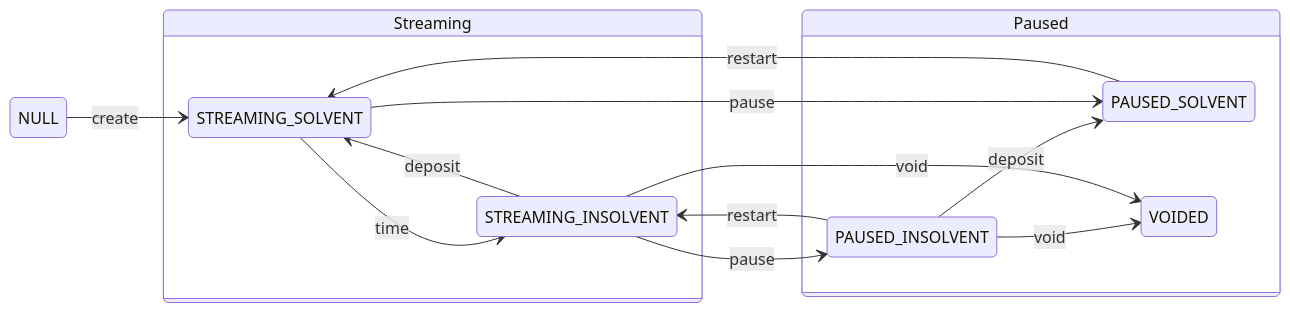
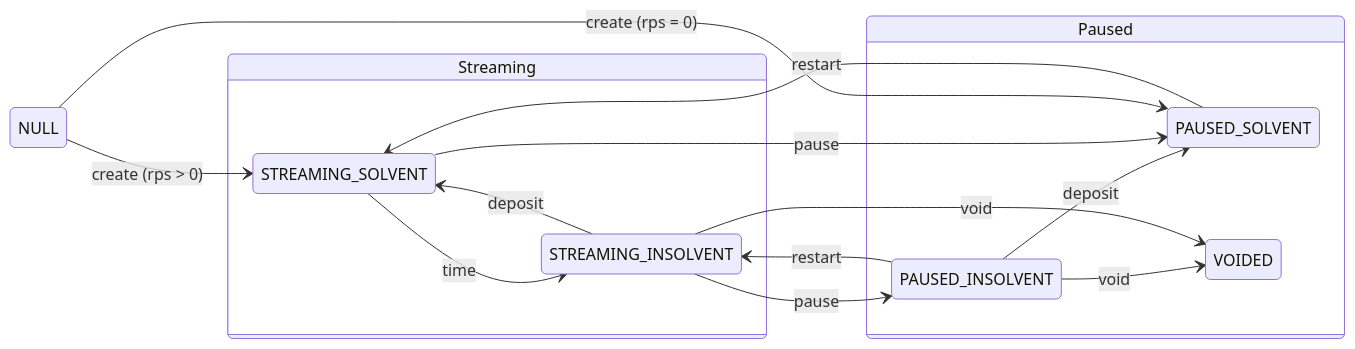
The first of 8 diagrams in DIAGRAMS.md (sablier-labs/flow), drawn with Mermaid before and after one commit.

Commit message:
docs: update create flow

````diff
--- a/DIAGRAMS.md
+++ b/DIAGRAMS.md
@@ -29,42 +29,43 @@
 ```mermaid
 stateDiagram-v2
     direction LR
 
     state Streaming {
         STREAMING_SOLVENT
         STREAMING_INSOLVENT --> STREAMING_SOLVENT : deposit
         STREAMING_SOLVENT --> STREAMING_INSOLVENT : time
     }
 
     state Paused {
         # direction BT
         PAUSED_SOLVENT
         PAUSED_INSOLVENT
         PAUSED_INSOLVENT --> PAUSED_SOLVENT : deposit
         PAUSED_INSOLVENT --> VOIDED : void
         VOIDED
     }
 
     STREAMING_SOLVENT --> PAUSED_SOLVENT : pause
     STREAMING_INSOLVENT --> PAUSED_INSOLVENT : pause
     PAUSED_SOLVENT --> STREAMING_SOLVENT : restart
     STREAMING_INSOLVENT --> VOIDED : void
     PAUSED_INSOLVENT --> STREAMING_INSOLVENT : restart
 
-    NULL --> STREAMING_SOLVENT : create
+    NULL --> STREAMING_SOLVENT : create (rps > 0)
+    NULL --> PAUSED_SOLVENT : create (rps = 0)
 
     NULL:::grey
     Streaming:::lightGreen
     Paused:::lightYellow
     STREAMING_SOLVENT:::intenseGreen
     STREAMING_INSOLVENT:::intenseGreen
     PAUSED_INSOLVENT:::intenseYellow
     PAUSED_SOLVENT:::intenseYellow
     VOIDED:::intenseYellow
 
     classDef grey fill:#b0b0b0,stroke:#333,stroke-width:2px,color:#000,font-weight:bold;
     classDef lightGreen fill:#98FB98,color:#000,font-weight:bold;
     classDef intenseGreen fill:#32cd32,stroke:#333,stroke-width:2px,color:#000,font-weight:bold;
     classDef lightYellow fill:#ffff99,color:#000,font-weight:bold;
     classDef intenseYellow fill:#ffd700,color:#000,font-weight:bold;
 ```
````
